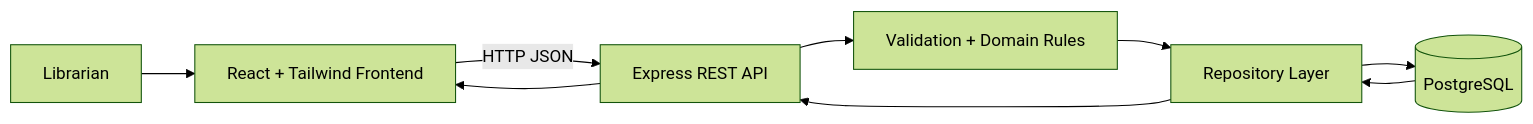
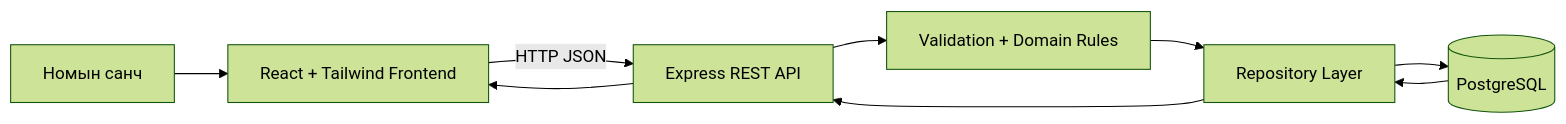
The diagram in partA/ARCHITECTURE.md (khishigtogtokh321/lab13), drawn with Mermaid (forest theme) before and after one commit. The commit also changed other lines of this file and 18 other files, not shown here.

````diff
--- a/partA/ARCHITECTURE.md
+++ b/partA/ARCHITECTURE.md
@@ -7,11 +7,11 @@
 ```mermaid
 flowchart LR
-    User[Librarian] --> UI[React + Tailwind Frontend]
+    User[Номын санч] --> UI[React + Tailwind Frontend]
     UI -->|HTTP JSON| API[Express REST API]
     API --> Validation[Validation + Domain Rules]
     Validation --> Repo[Repository Layer]
     Repo --> DB[(PostgreSQL)]
     DB --> Repo
     Repo --> API
     API --> UI
 ```
````
